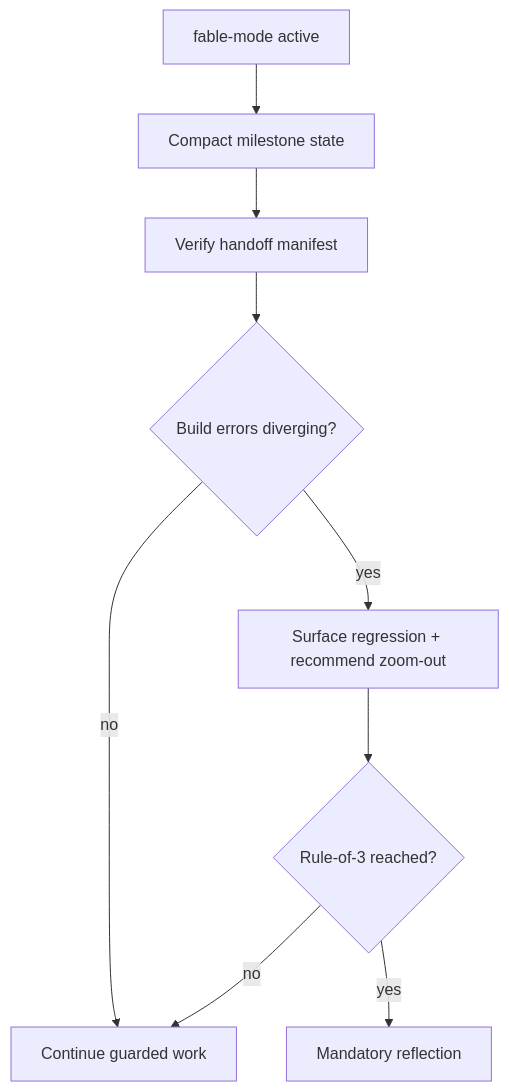
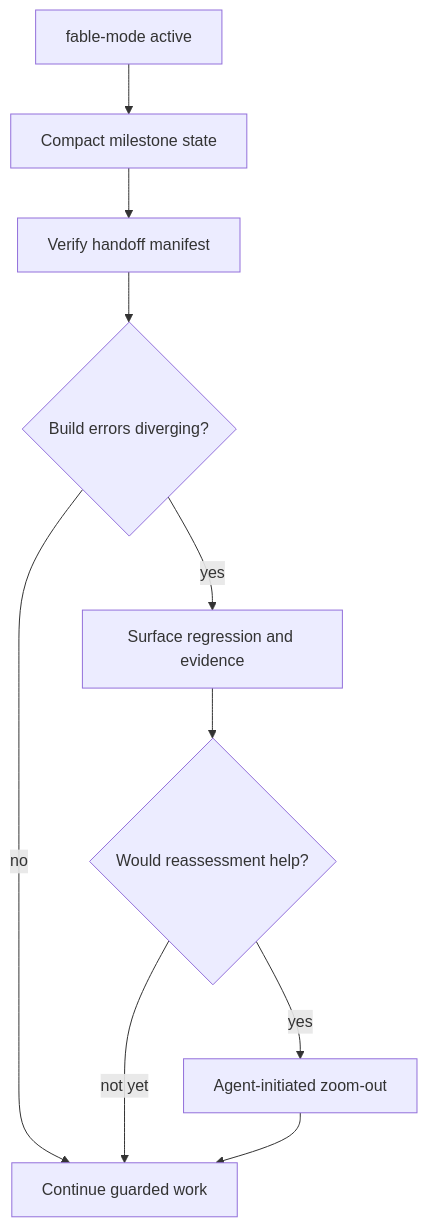
One commit to dyphn1/Harness-everything changed the diagram in docs/workflows/fable-discipline.md. Above: the diagram before and after it, drawn with Mermaid. The commit also changed other lines of this file and 17 other files, not shown here.

First line of the commit message:
docs(zoom-out): describe agent-initiated zoom-out in active docs

````diff
--- a/docs/workflows/fable-discipline.md
+++ b/docs/workflows/fable-discipline.md
@@ -9,11 +9,12 @@
 ```mermaid
 graph TD
   Active[fable-mode active] --> Compact[Compact milestone state]
   Compact --> Handoff[Verify handoff manifest]
   Handoff --> Diverge{Build errors diverging?}
   Diverge -->|no| Continue[Continue guarded work]
-  Diverge -->|yes| Warn[Surface regression + recommend zoom-out]
-  Warn --> Rule3{Rule-of-3 reached?}
-  Rule3 -->|yes| Reflect[Mandatory reflection]
-  Rule3 -->|no| Continue
+  Diverge -->|yes| Warn[Surface regression and evidence]
+  Warn --> Choose{Would reassessment help?}
+  Choose -->|yes| Reassess[Agent-initiated zoom-out]
+  Choose -->|not yet| Continue
+  Reassess --> Continue
 ```
````
